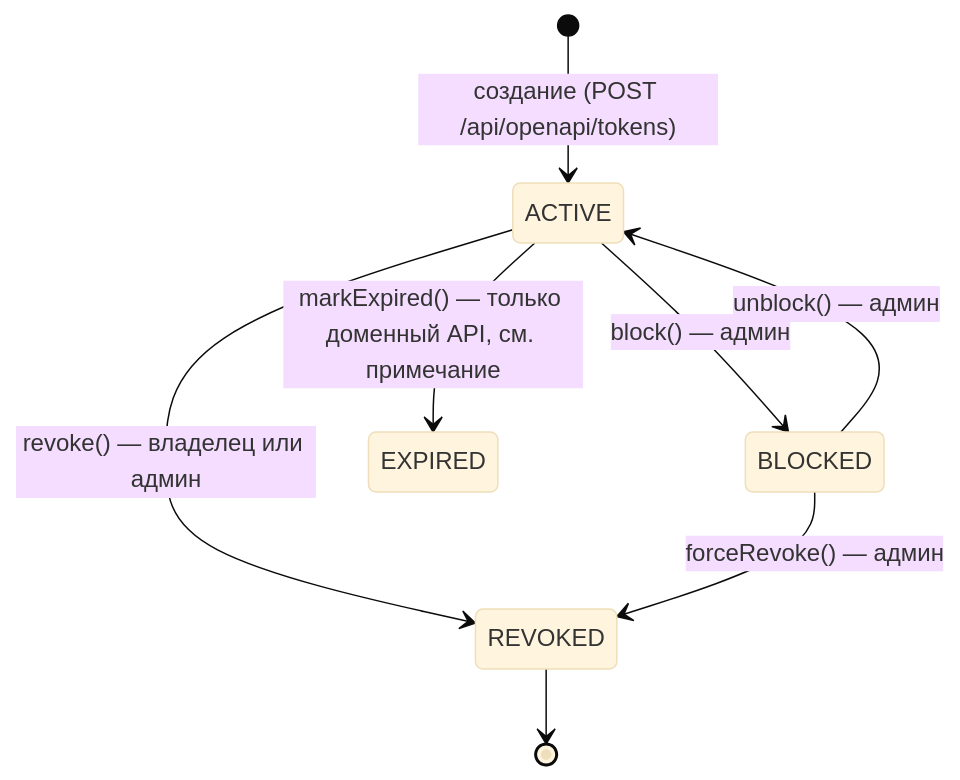
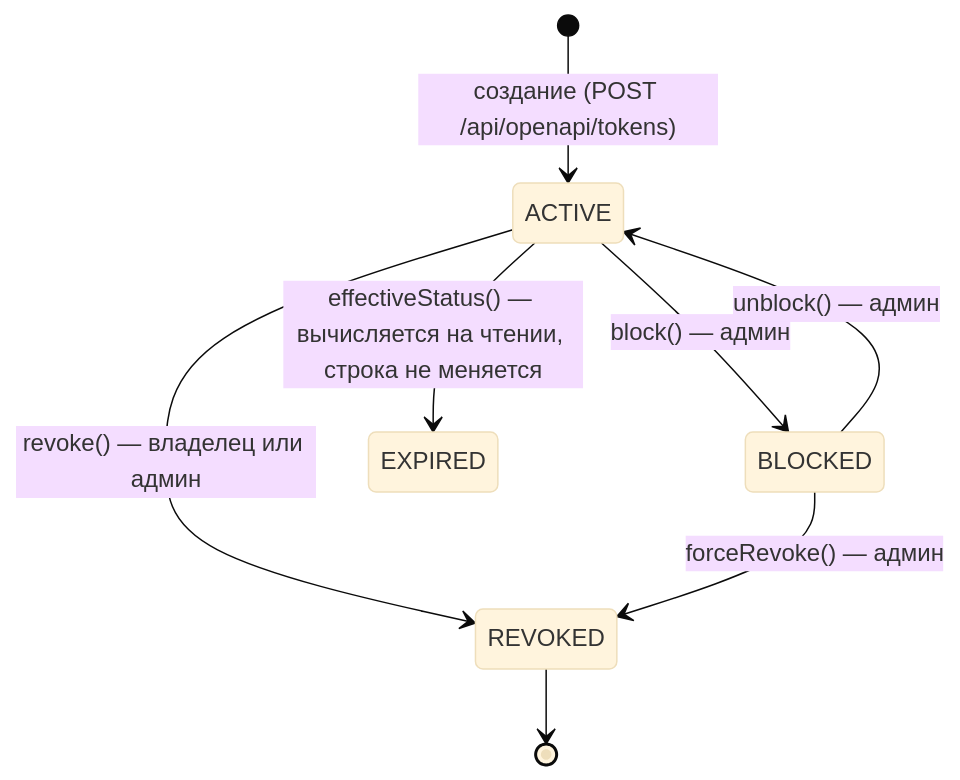
The first of 3 diagrams in docs/features/token-lifecycle.md (fso13/open-api-lib), drawn with Mermaid (base theme) before and after one commit. The commit also changed other lines of this file and 109 other files, not shown here.

````diff
--- a/docs/features/token-lifecycle.md
+++ b/docs/features/token-lifecycle.md
@@ -8,10 +8,10 @@
 ```mermaid
 stateDiagram-v2
     [*] --> ACTIVE : создание (POST /api/openapi/tokens)
     ACTIVE --> BLOCKED : block() — админ
     BLOCKED --> ACTIVE : unblock() — админ
     ACTIVE --> REVOKED : revoke() — владелец или админ
     BLOCKED --> REVOKED : forceRevoke() — админ
-    ACTIVE --> EXPIRED : markExpired() — только доменный API, см. примечание
+    ACTIVE --> EXPIRED : effectiveStatus() — вычисляется на чтении, строка не меняется
     REVOKED --> [*]
 ```
````
